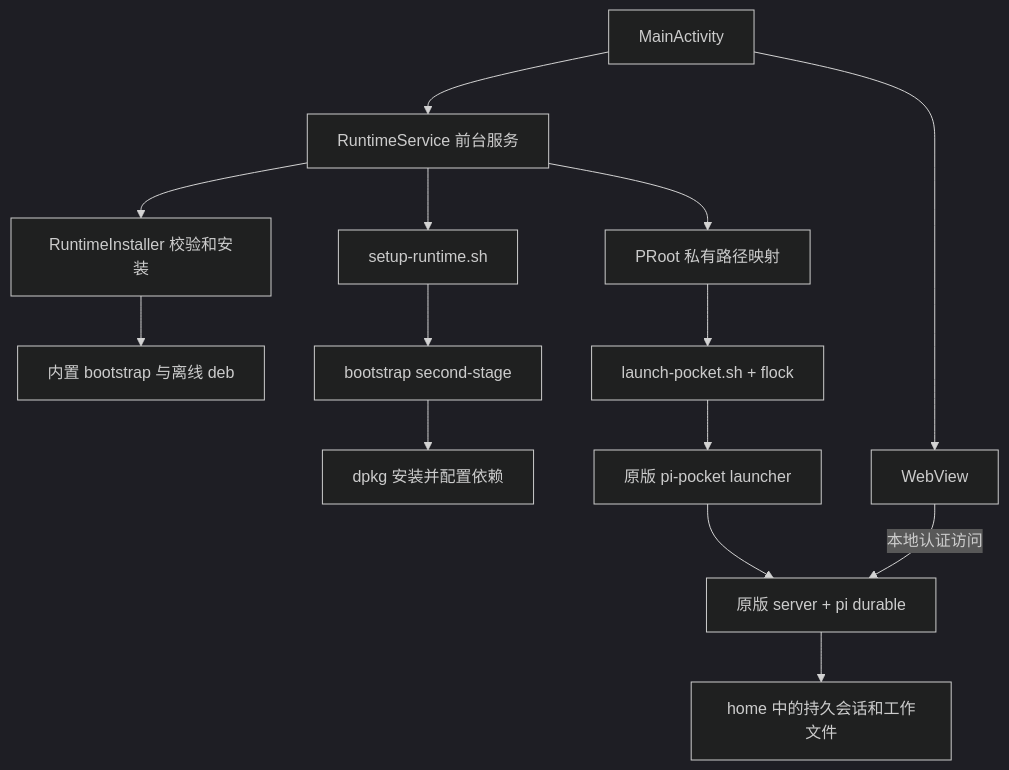
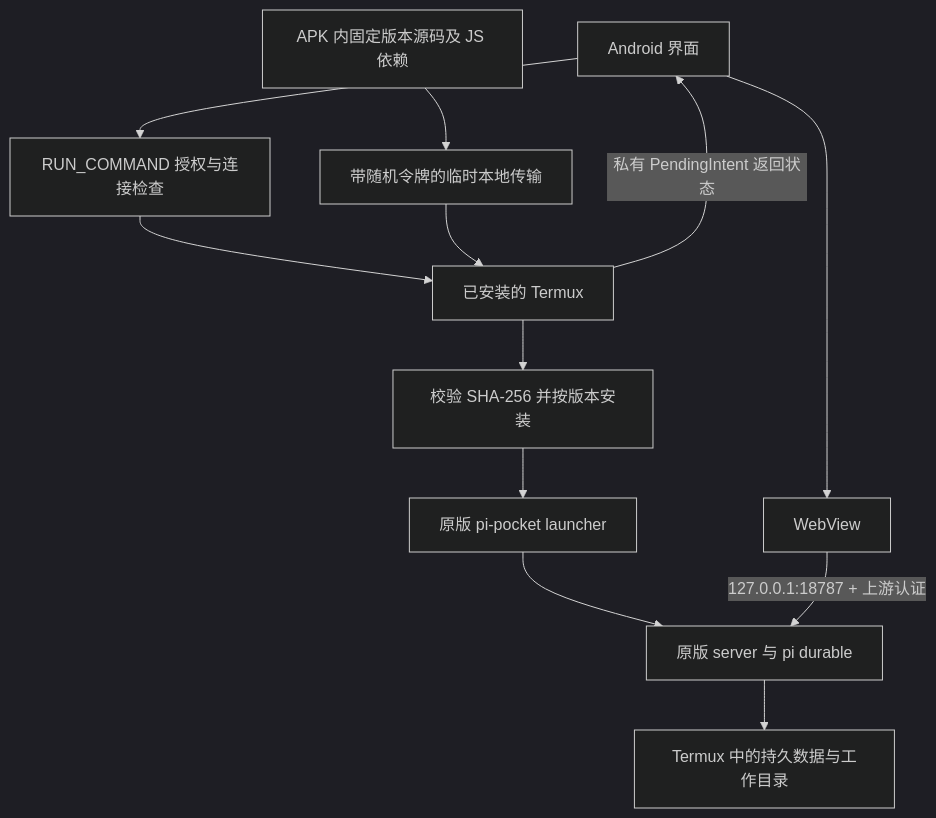
The diagram in docs/architecture.md (mikyan/pi-pocket-android), drawn with Mermaid (dark theme) before and after one commit. The commit also changed other lines of this file and 27 other files, not shown here.

Commit message:
Run pi-pocket through installed Termux with durable reconnect and upgrades

````diff
--- a/docs/architecture.md
+++ b/docs/architecture.md
@@ -7,16 +5,14 @@
 ```mermaid
 flowchart TD
-    A[MainActivity] --> B[RuntimeService 前台服务]
-    B --> C[RuntimeInstaller 校验和安装]
-    C --> D[内置 bootstrap 与离线 deb]
-    B --> E[setup-runtime.sh]
-    E --> F[bootstrap second-stage]
-    F --> G[dpkg 安装并配置依赖]
-    B --> P[PRoot 私有路径映射]
-    P --> H[launch-pocket.sh + flock]
-    H --> I[原版 pi-pocket launcher]
-    I --> J[原版 server + pi durable]
-    J --> K[home 中的持久会话和工作文件]
-    A --> L[WebView]
-    L -->|本地认证访问| J
+    A[Android 界面] --> B[RUN_COMMAND 授权与连接检查]
+    B --> C[已安装的 Termux]
+    D[APK 内固定版本源码及 JS 依赖] --> E[带随机令牌的临时本地传输]
+    E --> C
+    C --> F[校验 SHA-256 并按版本安装]
+    F --> G[原版 pi-pocket launcher]
+    G --> H[原版 server 与 pi durable]
+    H --> I[Termux 中的持久数据与工作目录]
+    C -->|私有 PendingIntent 返回状态| A
+    A --> J[WebView]
+    J -->|127.0.0.1:18787 + 上游认证| H
 ```
````
